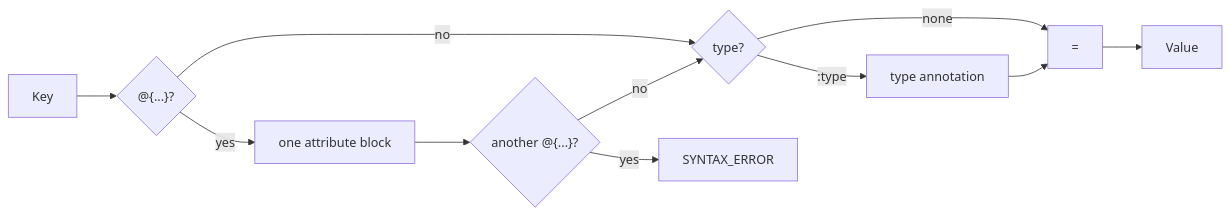
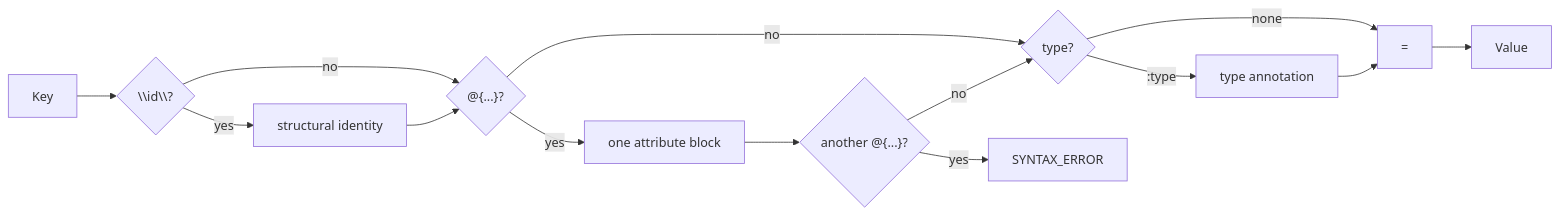
The second of 7 diagrams in aeon/v1/drafts/appendices/appendix-grammar-flow.md (aeonite-org/aeonite-specs), drawn with Mermaid before and after one commit. The commit also changed other lines of this file and 3 other files, not shown here.

First line of the commit message:
Add structural identity syntax to AEON v1

````diff
--- a/aeon/v1/drafts/appendices/appendix-grammar-flow.md
+++ b/aeon/v1/drafts/appendices/appendix-grammar-flow.md
@@ -53,13 +53,16 @@
 ```mermaid
 flowchart LR
-  K["Key"] --> A{"@{...}?"}
+  K["Key"] --> SID{"\\id\\?"}
+  SID -->|yes| ID["structural identity"]
+  SID -->|no| A{"@{...}?"}
+  ID --> A
   A -->|yes| ATTR["one attribute block"]
   A -->|no| T{"type?"}
   ATTR --> DA{"another @{...}?"}
   DA -->|yes| ERR_A["SYNTAX_ERROR"]
   DA -->|no| T
   T -->|:type| TYPE["type annotation"]
   T -->|none| EQ["="]
   TYPE --> EQ
   EQ --> V["Value"]
 ```
````
